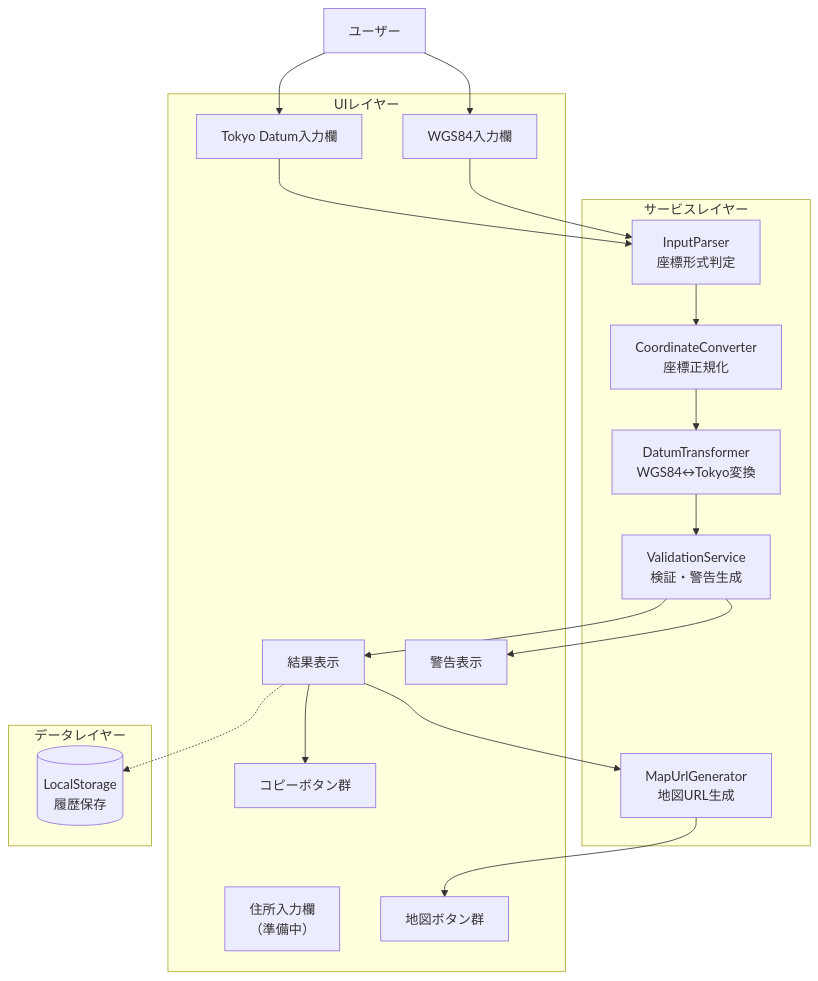
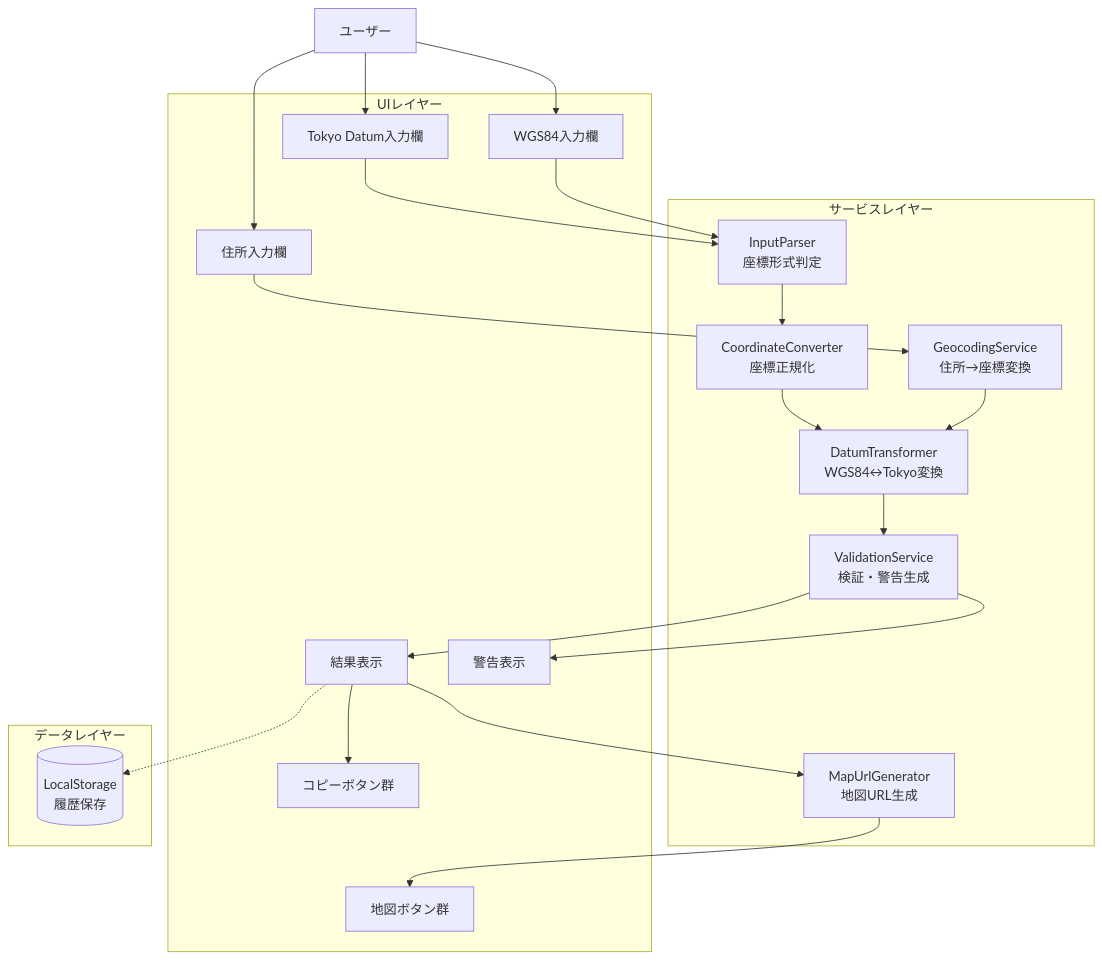
One commit to oyaakihisa/ichi-link changed the second of 6 diagrams in docs/functional-design.md. Above: the diagram before and after it, drawn with Mermaid. The commit also changed other lines of this file and 8 other files, not shown here.

First line of the commit message:
feat: add geocoding support for address-to-coordinate conversion

````diff
--- a/docs/functional-design.md
+++ b/docs/functional-design.md
@@ -23,40 +26,44 @@
 ```mermaid
 graph TB
     User[ユーザー]
 
     subgraph UILayer[UIレイヤー]
-        AddressInput[住所入力欄<br/>（準備中）]
+        AddressInput[住所入力欄]
         WGS84Input[WGS84入力欄]
         TokyoInput[Tokyo Datum入力欄]
         ResultDisplay[結果表示]
         WarningDisplay[警告表示]
         MapButtons[地図ボタン群]
         CopyButtons[コピーボタン群]
     end
 
     subgraph ServiceLayer[サービスレイヤー]
         InputParser[InputParser<br/>座標形式判定]
+        GeocodingService[GeocodingService<br/>住所→座標変換]
         CoordinateConverter[CoordinateConverter<br/>座標正規化]
         DatumTransformer[DatumTransformer<br/>WGS84↔Tokyo変換]
         ValidationService[ValidationService<br/>検証・警告生成]
         MapUrlGenerator[MapUrlGenerator<br/>地図URL生成]
     end
 
     subgraph DataLayer[データレイヤー]
         LocalStorage[(LocalStorage<br/>履歴保存)]
     end
 
+    User --> AddressInput
     User --> WGS84Input
     User --> TokyoInput
+    AddressInput --> GeocodingService
     WGS84Input --> InputParser
     TokyoInput --> InputParser
+    GeocodingService --> DatumTransformer
     InputParser --> CoordinateConverter
     CoordinateConverter --> DatumTransformer
     DatumTransformer --> ValidationService
     ValidationService --> ResultDisplay
     ValidationService --> WarningDisplay
     ResultDisplay --> MapUrlGenerator
     MapUrlGenerator --> MapButtons
     ResultDisplay --> CopyButtons
     ResultDisplay -.-> LocalStorage
 ```
````
